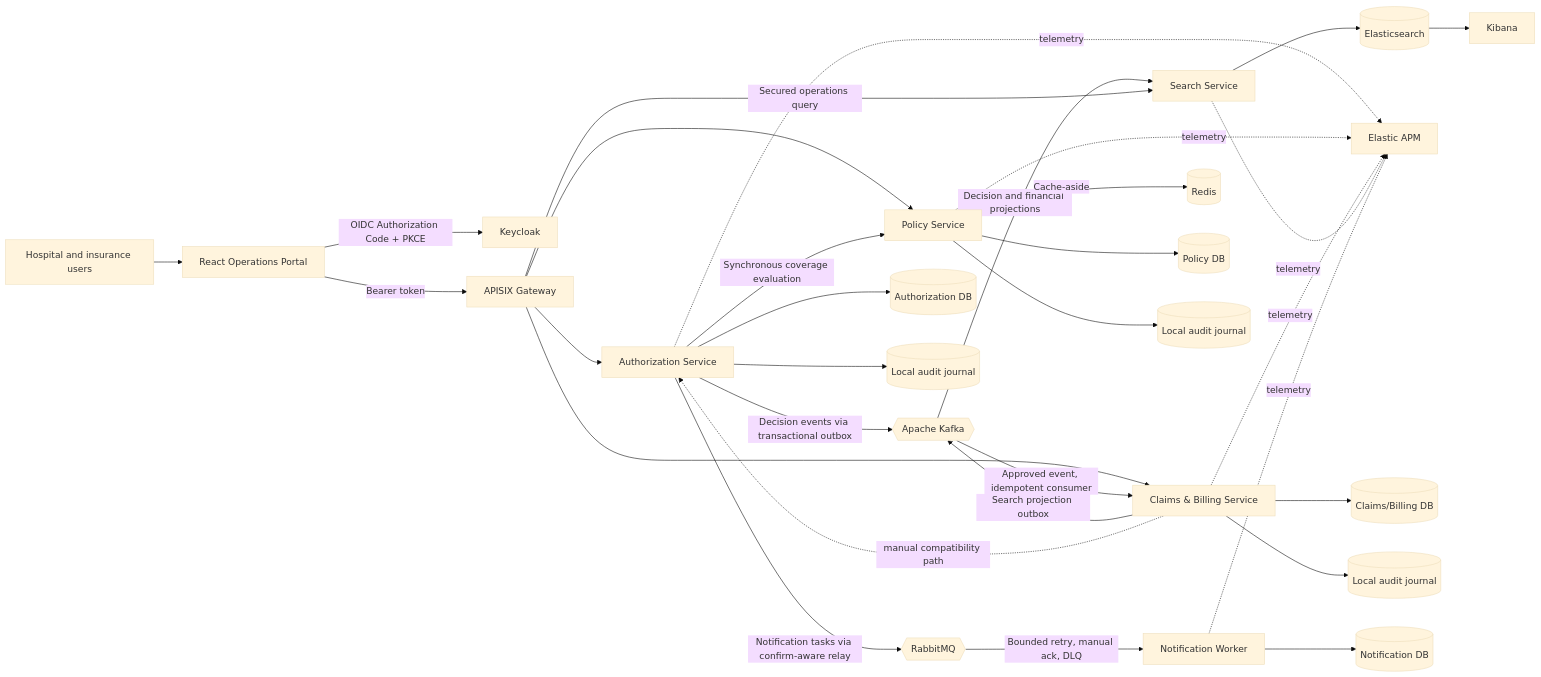
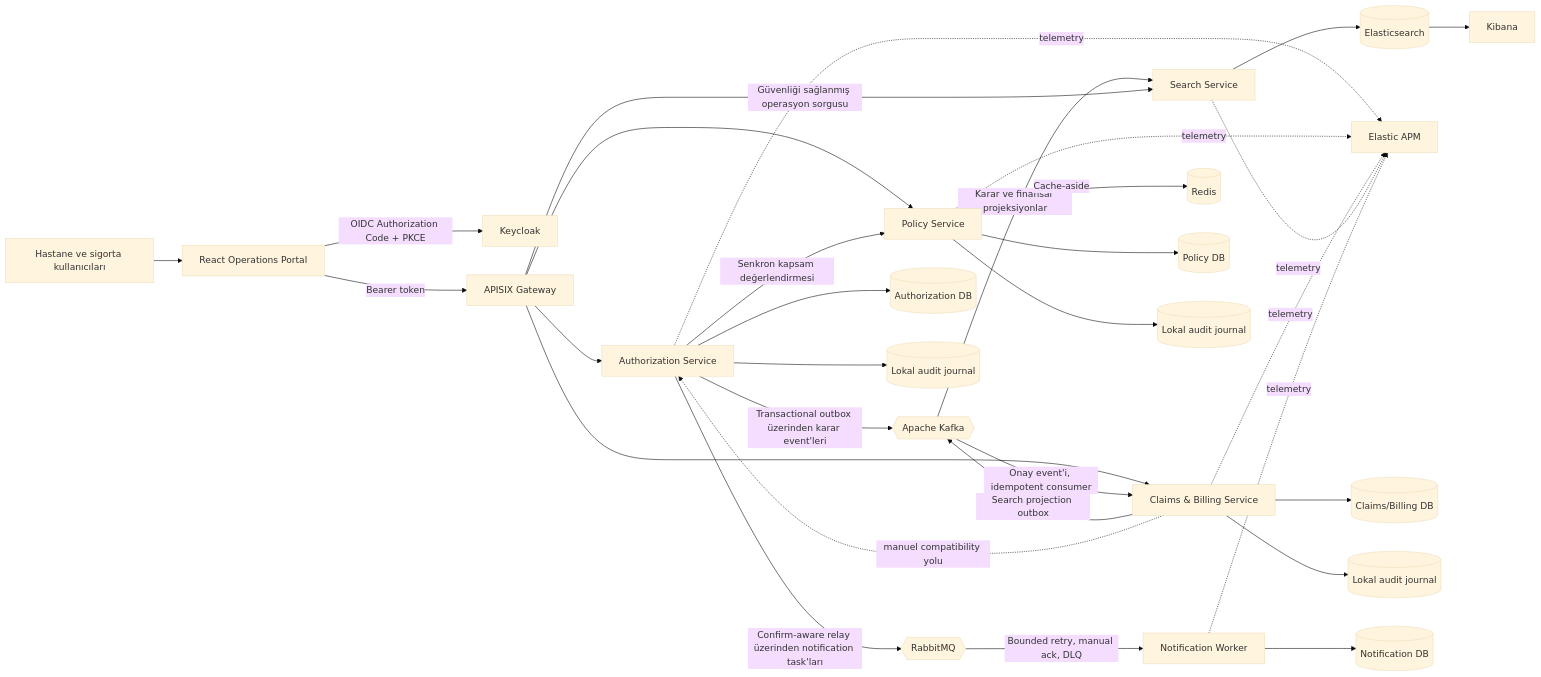
Before and after one commit to aydindemir1/health-insurance-platform: the first of 2 diagrams in README.md, drawn with Mermaid (base theme). The commit also changed other lines of this file, not shown here.

````diff
--- a/README.md
+++ b/README.md
@@ -380,33 +215,33 @@
 ```mermaid
 flowchart LR
-    User[Hospital and insurance users] --> Portal[React Operations Portal]
+    User[Hastane ve sigorta kullanıcıları] --> Portal[React Operations Portal]
     Portal -->|OIDC Authorization Code + PKCE| KC[Keycloak]
     Portal -->|Bearer token| Gateway[APISIX Gateway]
     Gateway --> Auth[Authorization Service]
     Gateway --> Policy
     Gateway --> Claims
-    Auth -->|Synchronous coverage evaluation| Policy[Policy Service]
-    Auth -->|Decision events via transactional outbox| Kafka{{Apache Kafka}}
-    Auth -->|Notification tasks via confirm-aware relay| Rabbit{{RabbitMQ}}
-    Kafka -->|Approved event, idempotent consumer| Claims[Claims & Billing Service]
+    Auth -->|Senkron kapsam değerlendirmesi| Policy[Policy Service]
+    Auth -->|Transactional outbox üzerinden karar event'leri| Kafka{{Apache Kafka}}
+    Auth -->|Confirm-aware relay üzerinden notification task'ları| Rabbit{{RabbitMQ}}
+    Kafka -->|Onay event'i, idempotent consumer| Claims[Claims & Billing Service]
     Rabbit -->|Bounded retry, manual ack, DLQ| Notifications[Notification Worker]
     Claims -->|Search projection outbox| Kafka
-    Kafka -->|Decision and financial projections| Search[Search Service]
-    Gateway -->|Secured operations query| Search
+    Kafka -->|Karar ve finansal projeksiyonlar| Search[Search Service]
+    Gateway -->|Güvenliği sağlanmış operasyon sorgusu| Search
     Policy -->|Cache-aside| Redis[(Redis)]
     Search --> Elastic[(Elasticsearch)]
     Elastic --> Kibana[Kibana]
     Auth -. telemetry .-> APM[Elastic APM]
     Policy -. telemetry .-> APM
     Claims -. telemetry .-> APM
     Search -. telemetry .-> APM
     Notifications -. telemetry .-> APM
-    Claims -. manual compatibility path .-> Auth
+    Claims -. manuel compatibility yolu .-> Auth
     Auth --> AuthDB[(Authorization DB)]
     Policy --> PolicyDB[(Policy DB)]
     Claims --> ClaimsDB[(Claims/Billing DB)]
-    Auth --> AuthAudit[(Local audit journal)]
-    Policy --> PolicyAudit[(Local audit journal)]
-    Claims --> ClaimsAudit[(Local audit journal)]
+    Auth --> AuthAudit[(Lokal audit journal)]
+    Policy --> PolicyAudit[(Lokal audit journal)]
+    Claims --> ClaimsAudit[(Lokal audit journal)]
     Notifications --> NotificationDB[(Notification DB)]
 ```
````
